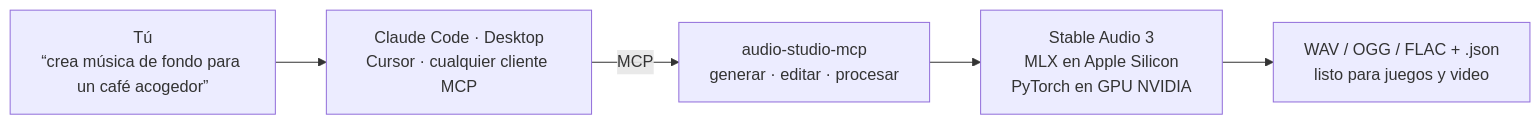
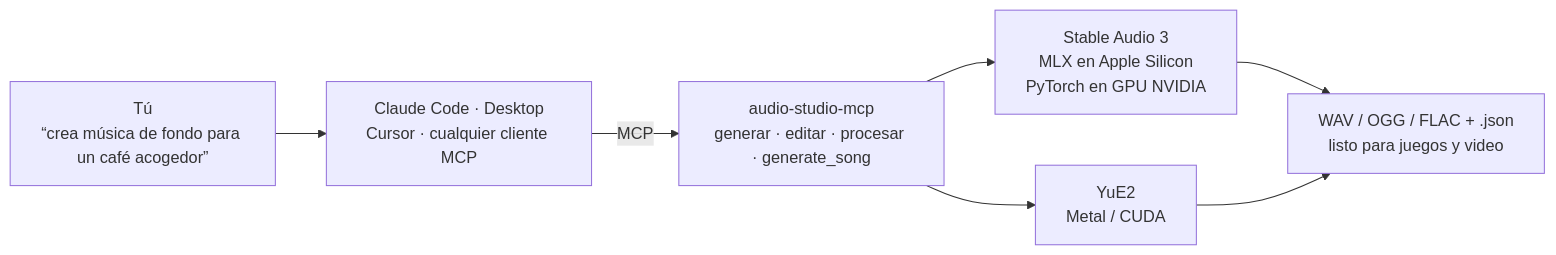
The diagram in README.es.md (kanaworksai-hue/audio-studio-mcp), drawn with Mermaid before and after one commit. The commit also changed other lines of this file and 10 other files, not shown here.

````diff
--- a/README.es.md
+++ b/README.es.md
@@ -65,7 +74,9 @@
 ```mermaid
 flowchart LR
     U["Tú<br/>“crea música de fondo para un café acogedor”"] --> C["Claude Code · Desktop<br/>Cursor · cualquier cliente MCP"]
-    C -- "MCP" --> S["audio-studio-mcp<br/>generar · editar · procesar"]
+    C -- "MCP" --> S["audio-studio-mcp<br/>generar · editar · procesar · generate_song"]
     S --> M["Stable Audio 3<br/>MLX en Apple Silicon<br/>PyTorch en GPU NVIDIA"]
+    S --> Y["YuE2<br/>Metal / CUDA"]
     M --> F["WAV / OGG / FLAC + .json<br/>listo para juegos y video"]
+    Y --> F
 ```
````
